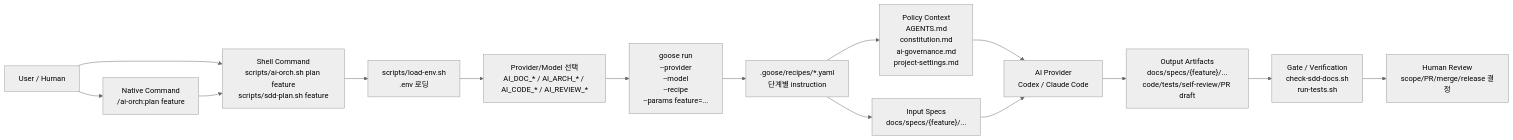
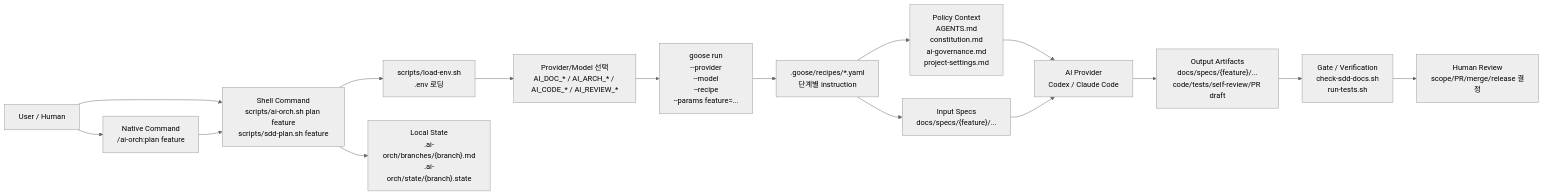
Before and after one commit to shaul1991/ai-orch: the first of 9 diagrams in docs/ai-orch-flow.md, drawn with Mermaid (neutral theme). The commit also changed other lines of this file and 13 other files, not shown here.

Commit message:
feat: add ai-orch local status tracking

````diff
--- a/docs/ai-orch-flow.md
+++ b/docs/ai-orch-flow.md
@@ -8,17 +8,18 @@
 ```mermaid
 flowchart LR
     U[User / Human] --> NATIVE["Native Command<br/>/ai-orch:plan feature"]
     U --> CMD["Shell Command<br/>scripts/ai-orch.sh plan feature<br/>scripts/sdd-plan.sh feature"]
     NATIVE --> CMD
     CMD --> ENV["scripts/load-env.sh<br/>.env 로딩"]
     ENV --> VAR["Provider/Model 선택<br/>AI_DOC_* / AI_ARCH_* / AI_CODE_* / AI_REVIEW_*"]
     VAR --> GOOSE["goose run<br/>--provider<br/>--model<br/>--recipe<br/>--params feature=..."]
     GOOSE --> RECIPE[".goose/recipes/*.yaml<br/>단계별 instruction"]
     RECIPE --> POLICY["Policy Context<br/>AGENTS.md<br/>constitution.md<br/>ai-governance.md<br/>project-settings.md"]
     RECIPE --> SPECIN["Input Specs<br/>docs/specs/{feature}/..."]
     POLICY --> AGENT["AI Provider<br/>Codex / Claude Code"]
     SPECIN --> AGENT
     AGENT --> OUTPUT["Output Artifacts<br/>docs/specs/{feature}/...<br/>code/tests/self-review/PR draft"]
+    CMD --> LOCAL["Local State<br/>.ai-orch/branches/{branch}.md<br/>.ai-orch/state/{branch}.state"]
     OUTPUT --> GATE["Gate / Verification<br/>check-sdd-docs.sh<br/>run-tests.sh"]
     GATE --> HUMAN["Human Review<br/>scope/PR/merge/release 결정"]
 ```
````
